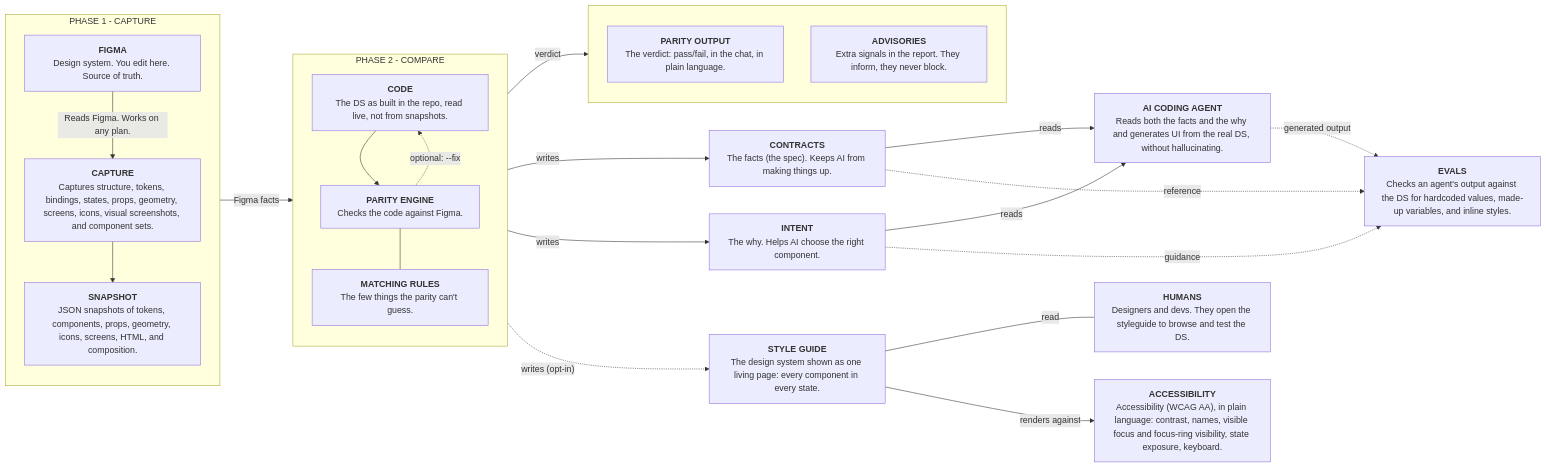
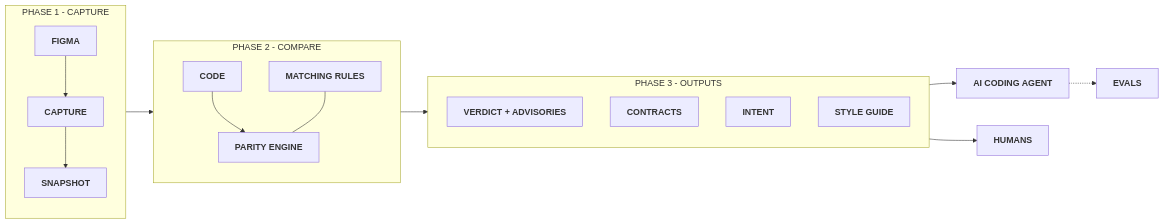
The diagram in README.md (rafaelmatosdasilva/rms-design-system-engine), drawn with Mermaid before and after one commit. The commit also changed 1 other file, not shown here.

Commit message:
README: flow diagram with titles only, readable on GitHub
The same phases, boxes and arrows as the FigJam board, titles only. Parity
output and advisories share one box. The board, linked above the diagram,
holds the detail. The CLAUDE.md rule matches.

Claude-Session: https://claude.ai/code/session_01NAiQF7FaCvTe9vgNQmgsRB

````diff
--- a/README.md
+++ b/README.md
@@ -23,43 +23,23 @@
 ```mermaid
-%%{init: {"flowchart": {"wrappingWidth": 260}, "themeCSS": ".nodeLabel, .nodeLabel p, .label div { text-align: left !important; }"}}%%
 flowchart LR
     subgraph P1["PHASE 1 - CAPTURE"]
         direction TB
-        FIG["<b>FIGMA</b><br/>Design system. You edit here. Source of truth."]
-        CAP["<b>CAPTURE</b><br/>Captures structure, tokens, bindings, states, props, geometry, screens, icons, visual screenshots, and component sets."]
-        SNAP["<b>SNAPSHOT</b><br/>JSON snapshots of tokens, components, props, geometry, icons, screens, HTML, and composition."]
+        FIG["<b>FIGMA</b>"] --> CAP["<b>CAPTURE</b>"] --> SNAP["<b>SNAPSHOT</b>"]
     end
     subgraph P2["PHASE 2 - COMPARE"]
         direction TB
-        CODE["<b>CODE</b><br/>The DS as built in the repo, read live, not from snapshots."]
-        ENG["<b>PARITY ENGINE</b><br/>Checks the code against Figma."]
-        RULES["<b>MATCHING RULES</b><br/>The few things the parity can't guess."]
-        CODE --> ENG
-        ENG -.->|"optional: --fix"| CODE
-        ENG --- RULES
+        CODE["<b>CODE</b>"] --> ENG["<b>PARITY ENGINE</b>"]
+        RULES["<b>MATCHING RULES</b>"] --- ENG
     end
-        subgraph VERDICT[" "]
-            RES["<b>PARITY OUTPUT</b><br/>The verdict: pass/fail, in the chat, in plain language."]
-            ADV["<b>ADVISORIES</b><br/>Extra signals in the report. They inform, they never block."]
-        end
-        CON["<b>CONTRACTS</b><br/>The facts (the spec). Keeps AI from making things up."]
-        INT["<b>INTENT</b><br/>The why. Helps AI choose the right component."]
-        SG["<b>STYLE GUIDE</b><br/>The design system shown as one living page: every component in every state."]
-    AI["<b>AI CODING AGENT</b><br/>Reads both the facts and the why and generates UI from the real DS, without hallucinating."]
-    HUM["<b>HUMANS</b><br/>Designers and devs. They open the styleguide to browse and test the DS."]
-    A11Y["<b>ACCESSIBILITY</b><br/>Accessibility (WCAG AA), in plain language: contrast, names, visible focus and focus-ring visibility, state exposure, keyboard."]
-    EV["<b>EVALS</b><br/>Checks an agent's output against the DS for hardcoded values, made-up variables, and inline styles."]
-    FIG -->|"Reads Figma. Works on any plan."| CAP --> SNAP
-    P1 -->|Figma facts| P2
-    P2 -->|verdict| VERDICT
-    P2 -->|writes| CON
-    P2 -->|writes| INT
-    P2 -.->|"writes (opt-in)"| SG
-    CON -->|reads| AI
-    INT -->|reads| AI
-    SG ---|read| HUM
-    SG -->|renders against| A11Y
-    AI -.->|generated output| EV
-    CON -.->|reference| EV
-    INT -.->|guidance| EV
+    subgraph P3["PHASE 3 - OUTPUTS"]
+        direction TB
+        RES["<b>VERDICT + ADVISORIES</b>"]
+        CON["<b>CONTRACTS</b>"]
+        INT["<b>INTENT</b>"]
+        SG["<b>STYLE GUIDE</b>"]
+    end
+    P1 --> P2 --> P3
+    P3 --> AI["<b>AI CODING AGENT</b>"]
+    P3 --> HUM["<b>HUMANS</b>"]
+    AI -.-> EV["<b>EVALS</b>"]
 ```
````
